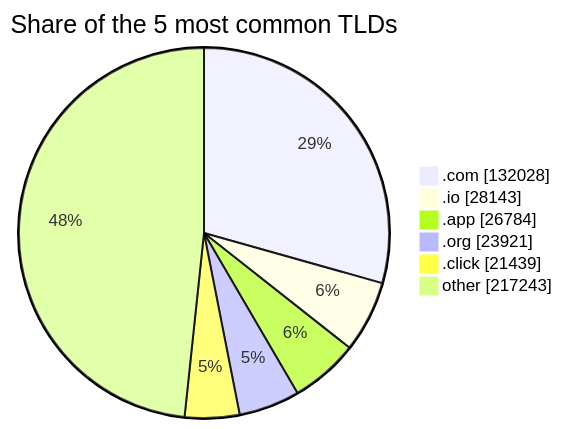
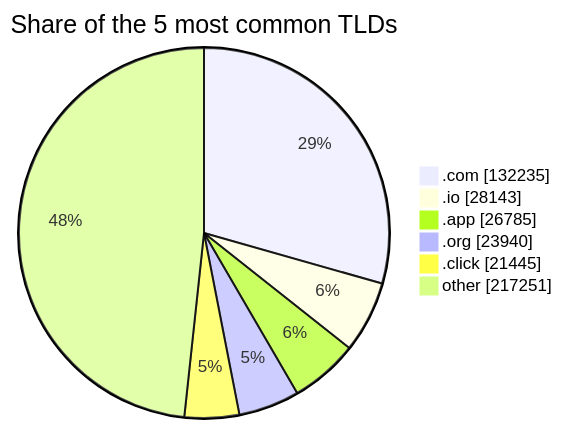
Before and after one commit to DNSBunker/CTI: the third of 3 diagrams in README.md, drawn with Mermaid. The commit also changed other lines of this file and 3 other files, not shown here.

````diff
--- a/README.md
+++ b/README.md
@@ -81,9 +81,9 @@
 ```mermaid
 pie showData title Share of the 5 most common TLDs
-    ".com" : 132028
+    ".com" : 132235
     ".io" : 28143
-    ".app" : 26784
-    ".org" : 23921
-    ".click" : 21439
-    "other" : 217243
+    ".app" : 26785
+    ".org" : 23940
+    ".click" : 21445
+    "other" : 217251
 ```
````
